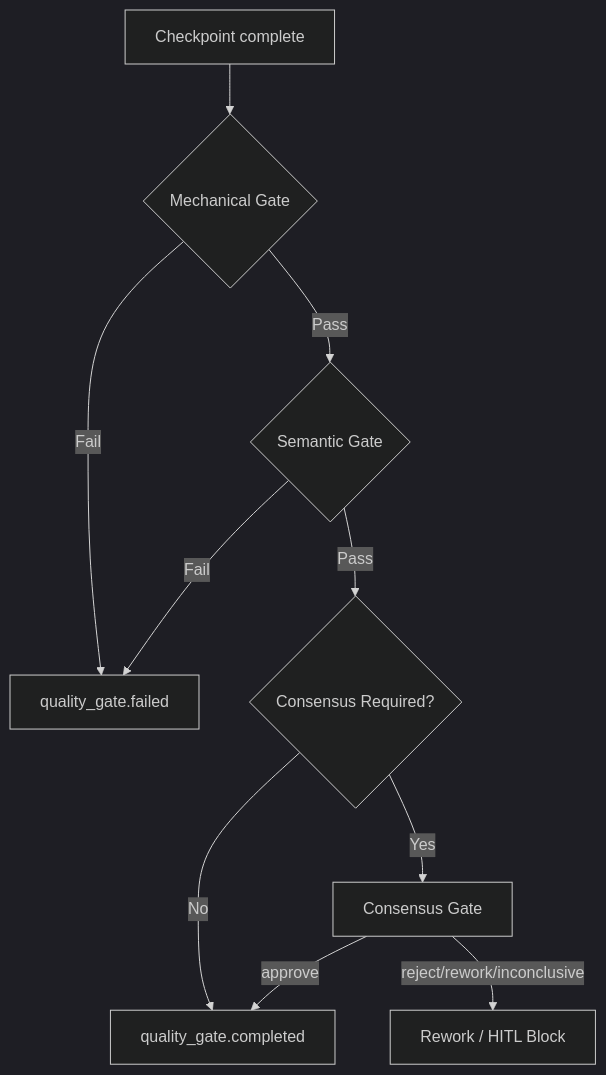
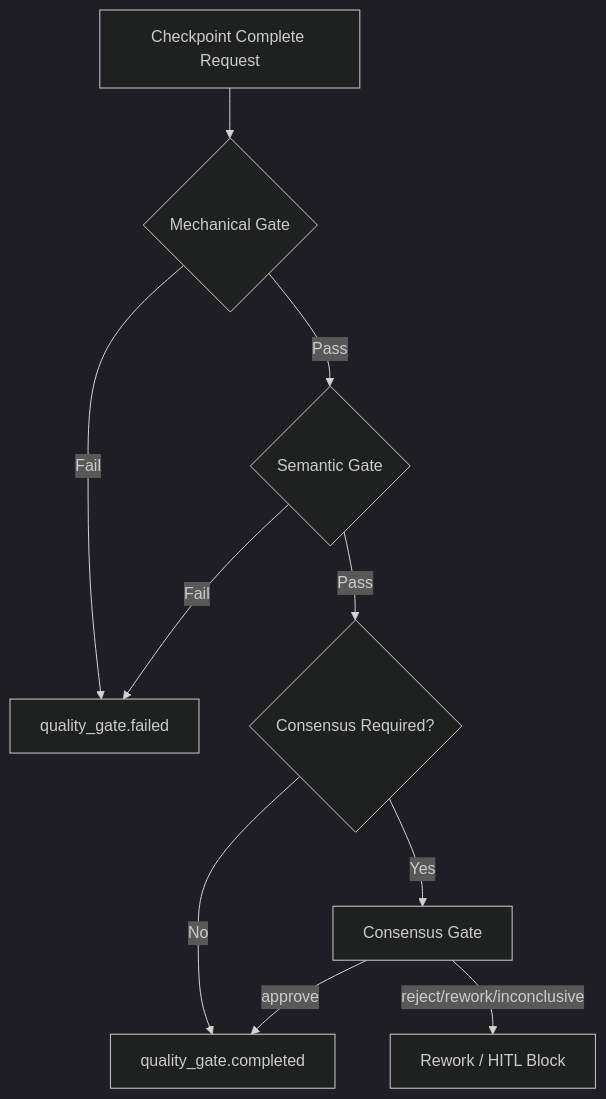
The diagram in README.md (daeryundf2-prog/LAZYANTIGRAVITY), drawn with Mermaid (dark theme) before and after one commit. The commit also changed other lines of this file and 4 other files, not shown here.

````diff
--- a/README.md
+++ b/README.md
@@ -53,12 +94,12 @@
 ```mermaid
 graph TD
-    A[Checkpoint complete] --> B{Mechanical Gate}
+    A[Checkpoint Complete Request] --> B{Mechanical Gate}
     B -- Fail --> F[quality_gate.failed]
     B -- Pass --> C{Semantic Gate}
     C -- Fail --> F
     C -- Pass --> D{Consensus Required?}
     D -- No --> G[quality_gate.completed]
     D -- Yes --> E[Consensus Gate]
     E -- approve --> G
     E -- reject/rework/inconclusive --> H[Rework / HITL Block]
 ```
````
